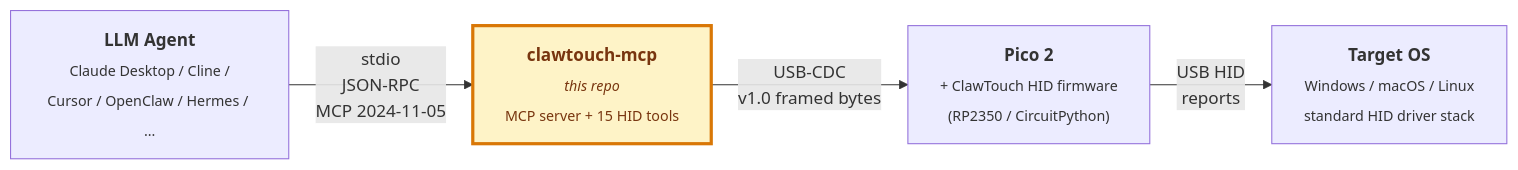
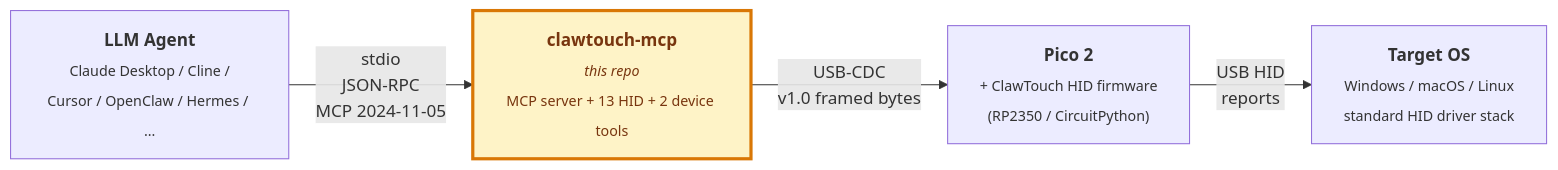
The diagram in README.md (tinqiao-oss/clawtouch-mcp), drawn with Mermaid before and after one commit. The commit also changed other lines of this file and 6 other files, not shown here.

````diff
--- a/README.md
+++ b/README.md
@@ -454,9 +455,9 @@
 ```mermaid
 flowchart LR
     A["<b>LLM Agent</b><br/><sub>Claude Desktop / Cline /<br/>Cursor / OpenClaw / Hermes / ...</sub>"]
-        -->|"stdio<br/>JSON-RPC<br/>MCP 2024-11-05"| B["<b>clawtouch-mcp</b><br/><sub><i>this repo</i><br/>MCP server + 15 HID tools</sub>"]
+        -->|"stdio<br/>JSON-RPC<br/>MCP 2024-11-05"| B["<b>clawtouch-mcp</b><br/><sub><i>this repo</i><br/>MCP server + 13 HID + 2 device tools</sub>"]
     B -->|"USB-CDC<br/>v1.0 framed bytes"| C["<b>Pico 2</b><br/><sub>+ ClawTouch HID firmware<br/>(RP2350 / CircuitPython)</sub>"]
     C -->|"USB HID<br/>reports"| D["<b>Target OS</b><br/><sub>Windows / macOS / Linux<br/>standard HID driver stack</sub>"]
     classDef this fill:#fef3c7,stroke:#d97706,stroke-width:3px,color:#78350f;
     class B this;
 ```
````
